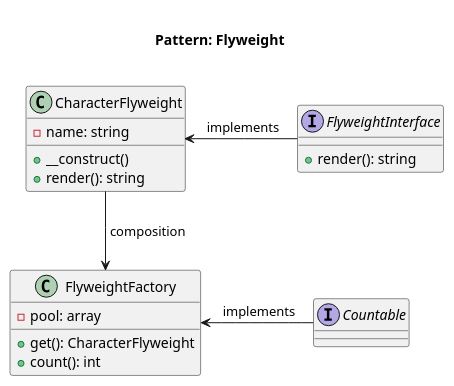
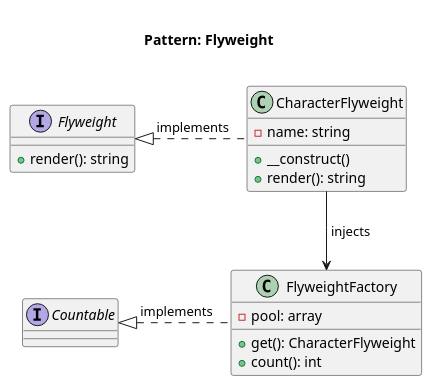
Before and after one commit to rosselli/design-patterns-implemented.concepts: the diagram in patterns/structural/flyweight/domnikl/diagram.pu, drawn with PlantUML. The commit also changed 15 other files, not shown here.

```diff
--- a/patterns/structural/flyweight/domnikl/diagram.pu
+++ b/patterns/structural/flyweight/domnikl/diagram.pu
@@ -1,25 +1,25 @@
 @startuml
     Title <size:20>\nPattern: Flyweight\n
 
-    interface FlyweightInterface {
+    interface Flyweight {
         + render(): string
     }
 
     interface Countable
 
     class CharacterFlyweight {
         - name: string
         + __construct()
         + render(): string
     }
 
     class FlyweightFactory {
         - pool: array
         + get(): CharacterFlyweight
         + count(): int
     }
 
-    CharacterFlyweight --> FlyweightFactory: " composition"
-    FlyweightInterface -left-> CharacterFlyweight: " implements"
-    Countable -left-> FlyweightFactory: " implements"
+    CharacterFlyweight --> FlyweightFactory: " injects"
+    CharacterFlyweight .left.|> Flyweight: " implements"
+    FlyweightFactory .left.|> Countable: " implements"
 @enduml
```
